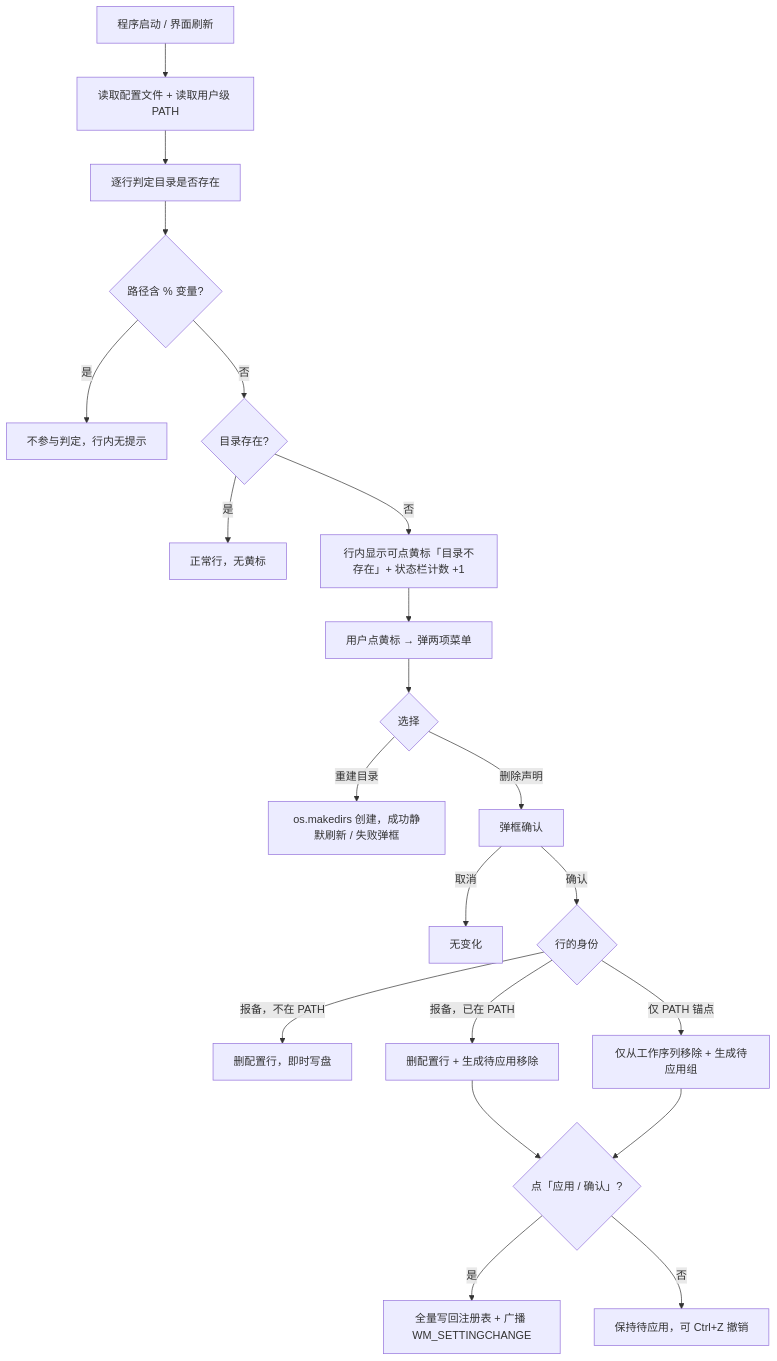
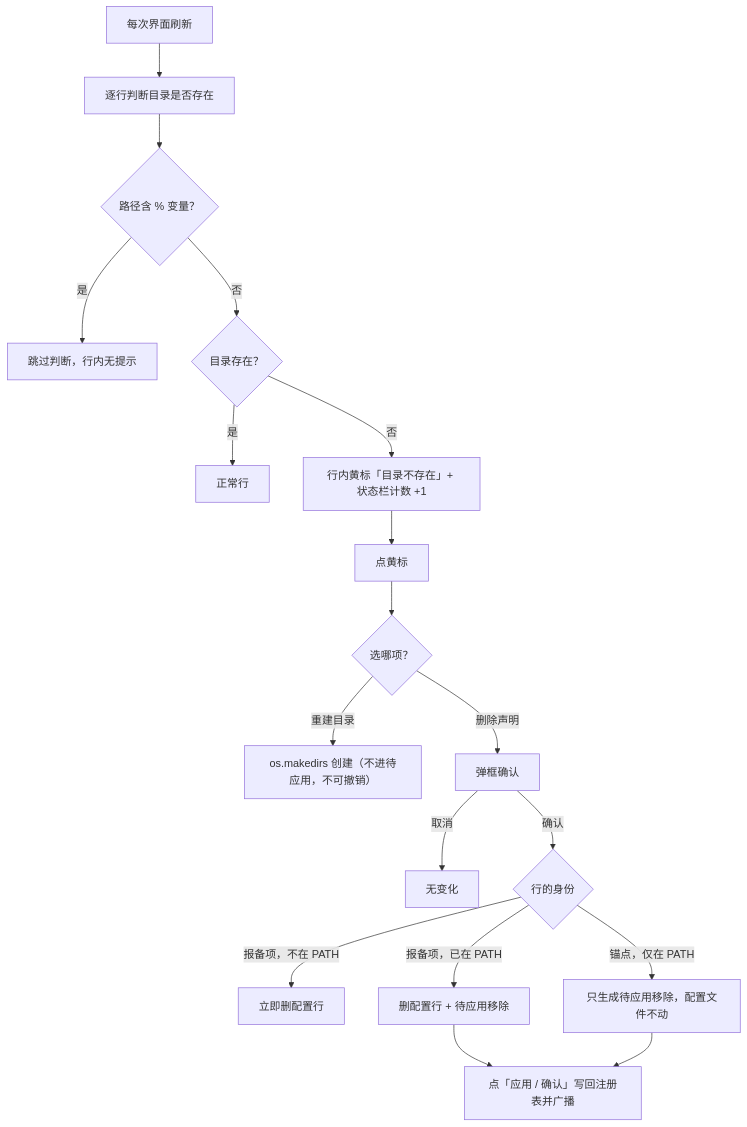
Before and after one commit to Adrts/tool2path: the third of 4 diagrams in design/Design Doc.md, drawn with Mermaid. The commit also changed other lines of this file, not shown here.

````diff
--- a/design/Design Doc.md
+++ b/design/Design Doc.md
@@ -485,23 +505,20 @@
 ```mermaid
 flowchart TD
-  A["程序启动 / 界面刷新"] --> B["读取配置文件 + 读取用户级 PATH"]
-  B --> C["逐行判定目录是否存在"]
-  C --> D{"路径含 % 变量?"}
-  D -- "是" --> D1["不参与判定，行内无提示"]
-  D -- "否" --> E{"目录存在?"}
-  E -- "是" --> E1["正常行，无黄标"]
-  E -- "否" --> F["行内显示可点黄标「目录不存在」+ 状态栏计数 +1"]
-  F --> G["用户点黄标 → 弹两项菜单"]
-  G --> H{"选择"}
-  H -- "重建目录" --> I["os.makedirs 创建，成功静默刷新 / 失败弹框"]
-  H -- "删除声明" --> J["弹框确认"]
-  J -- "取消" --> J1["无变化"]
-  J -- "确认" --> K{"行的身份"}
-  K -- "报备，不在 PATH" --> L["删配置行，即时写盘"]
-  K -- "报备，已在 PATH" --> M["删配置行 + 生成待应用移除"]
-  K -- "仅 PATH 锚点" --> N["仅从工作序列移除 + 生成待应用组"]
-  M --> O{"点「应用 / 确认」?"}
-  N --> O
-  O -- "是" --> P["全量写回注册表 + 广播 WM_SETTINGCHANGE"]
-  O -- "否" --> Q["保持待应用，可 Ctrl+Z 撤销"]
+  A["每次界面刷新"] --> B["逐行判断目录是否存在"]
+  B --> C{"路径含 % 变量？"}
+  C -- "是" --> C1["跳过判断，行内无提示"]
+  C -- "否" --> D{"目录存在？"}
+  D -- "是" --> D1["正常行"]
+  D -- "否" --> E["行内黄标「目录不存在」+ 状态栏计数 +1"]
+  E --> F["点黄标"]
+  F --> G{"选哪项？"}
+  G -- "重建目录" --> H["os.makedirs 创建（不进待应用，不可撤销）"]
+  G -- "删除声明" --> I["弹框确认"]
+  I -- "取消" --> I1["无变化"]
+  I -- "确认" --> J{"行的身份"}
+  J -- "报备项，不在 PATH" --> K["立即删配置行"]
+  J -- "报备项，已在 PATH" --> L["删配置行 + 待应用移除"]
+  J -- "锚点，仅在 PATH" --> M["只生成待应用移除，配置文件不动"]
+  L --> N["点「应用 / 确认」写回注册表并广播"]
+  M --> N
 ```
````
